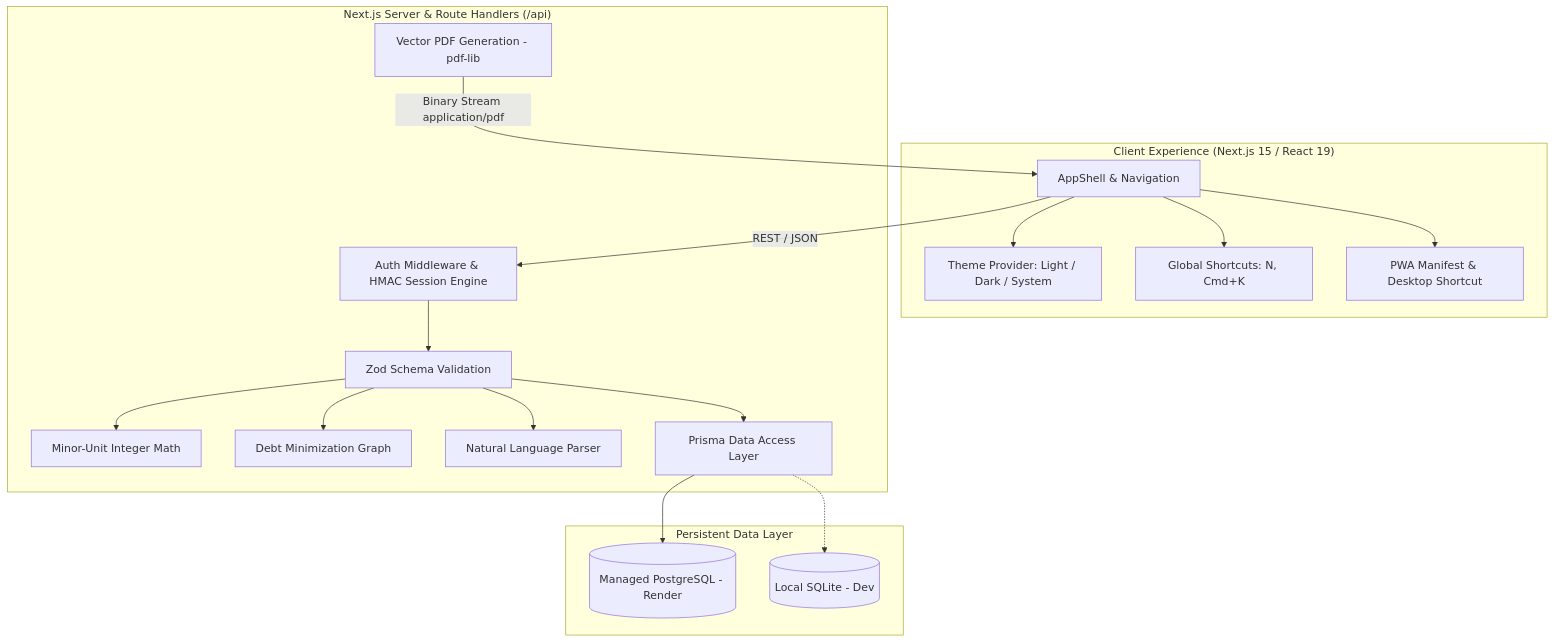
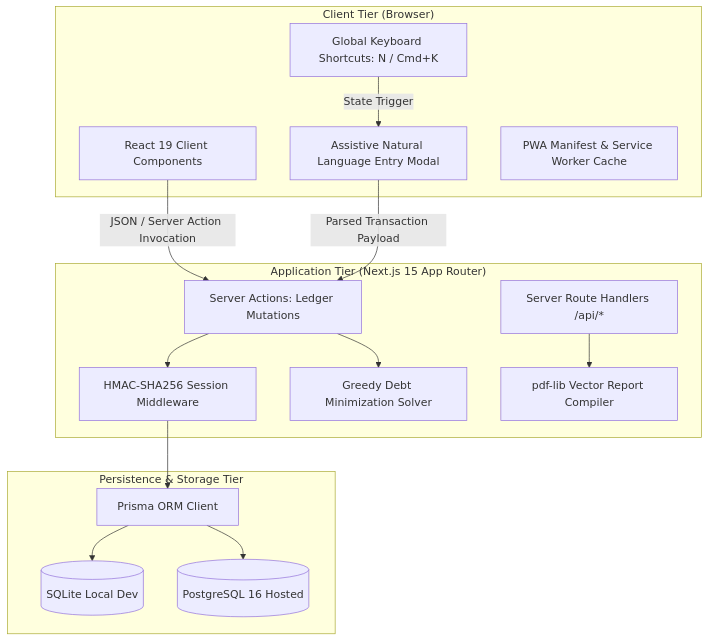
Before and after one commit to DEEPAK21072005/Expense-Tracker-App-: the diagram in README.md, drawn with Mermaid. The commit also changed other lines of this file, not shown here.

Commit message:
docs: modernize README with executive architecture and professional specifications

````diff
--- a/README.md
+++ b/README.md
@@ -107,37 +32,33 @@
 ```mermaid
 graph TD
-    subgraph Client ["Client Experience (Next.js 15 / React 19)"]
-        UI[AppShell & Navigation]
-        Theme[Theme Provider: Light / Dark / System]
-        Hotkeys[Global Shortcuts: N, Cmd+K]
-        PWA[PWA Manifest & Desktop Shortcut]
+    subgraph "Client Tier (Browser)"
+        UI[React 19 Client Components]
+        Hotkeys[Global Keyboard Shortcuts: N / Cmd+K]
+        NLPEntry[Assistive Natural Language Entry Modal]
+        PWA[PWA Manifest & Service Worker Cache]
     end
 
-    subgraph API ["Next.js Server & Route Handlers (/api)"]
-        Auth[Auth Middleware & HMAC Session Engine]
-        Validation[Zod Schema Validation]
-        MoneyEngine[Minor-Unit Integer Math]
-        Settlement[Debt Minimization Graph]
-        NLParser[Natural Language Parser]
-        PdfEngine[Vector PDF Generation - pdf-lib]
-        PrismaClient[Prisma Data Access Layer]
+    subgraph "Application Tier (Next.js 15 App Router)"
+        RouteHandlers[Server Route Handlers /api/*]
+        ServerActions[Server Actions: Ledger Mutations]
+        AuthEngine[HMAC-SHA256 Session Middleware]
+        DebtGraph[Greedy Debt Minimization Solver]
+        PDFEngine[pdf-lib Vector Report Compiler]
     end
 
-    subgraph Storage ["Persistent Data Layer"]
-        Postgres[(Managed PostgreSQL - Render)]
-        SQLite[(Local SQLite - Dev)]
+    subgraph "Persistence & Storage Tier"
+        Prisma[Prisma ORM Client]
+        DevDB[(SQLite Local Dev)]
+        ProdDB[(PostgreSQL 16 Hosted)]
     end
 
-    UI --> Theme
-    UI --> Hotkeys
-    UI --> PWA
-    UI -->|REST / JSON| Auth
-    Auth --> Validation
-    Validation --> MoneyEngine
-    Validation --> Settlement
-    Validation --> NLParser
-    Validation --> PrismaClient
-    PdfEngine -->|Binary Stream application/pdf| UI
-    PrismaClient --> Postgres
-    PrismaClient -.-> SQLite
+    UI -->|JSON / Server Action Invocation| ServerActions
+    Hotkeys -->|State Trigger| NLPEntry
+    NLPEntry -->|Parsed Transaction Payload| ServerActions
+    ServerActions --> AuthEngine
+    AuthEngine --> Prisma
+    ServerActions --> DebtGraph
+    RouteHandlers --> PDFEngine
+    Prisma --> DevDB
+    Prisma --> ProdDB
 ```
````
